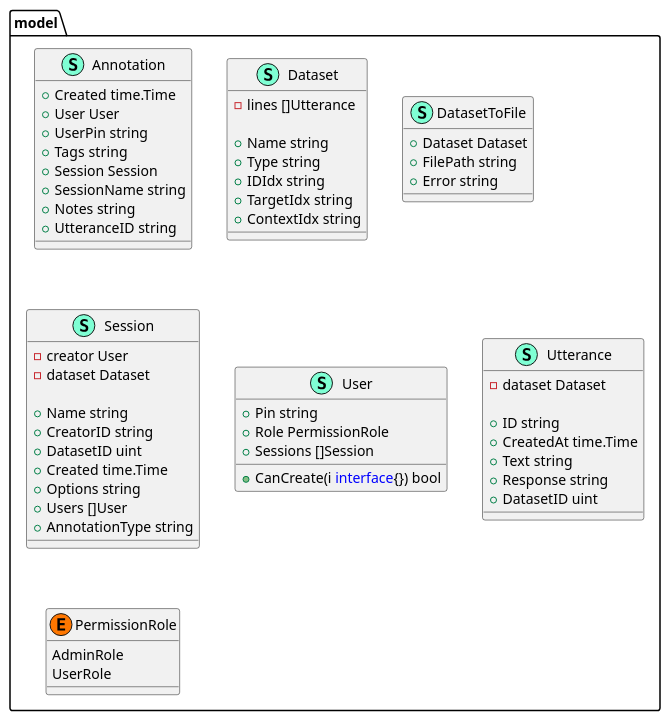
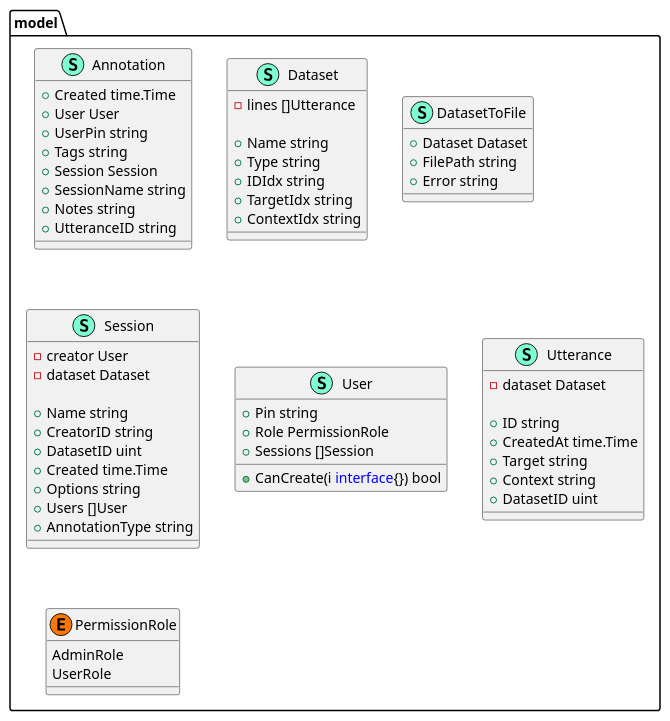
Before and after one commit to afduarte/honours: the diagram in datamodel.puml, drawn with PlantUML. The commit also changed 2 other files, not shown here.

```diff
--- a/datamodel.puml
+++ b/datamodel.puml
@@ -1,67 +1,67 @@
 @startuml
 namespace model {
     class Annotation << (S,Aquamarine) >> {
         + Created time.Time
         + User User
         + UserPin string
         + Tags string
         + Session Session
         + SessionName string
         + Notes string
         + UtteranceID string
 
     }
     class Dataset << (S,Aquamarine) >> {
         - lines []Utterance
 
         + Name string
         + Type string
         + IDIdx string
         + TargetIdx string
         + ContextIdx string
 
     }
     class DatasetToFile << (S,Aquamarine) >> {
         + Dataset Dataset
         + FilePath string
         + Error string
 
     }
     class Session << (S,Aquamarine) >> {
         - creator User
         - dataset Dataset
 
         + Name string
         + CreatorID string
         + DatasetID uint
         + Created time.Time
         + Options string
         + Users []User
         + AnnotationType string
 
     }
     class User << (S,Aquamarine) >> {
         + Pin string
         + Role PermissionRole
         + Sessions []Session
 
         + CanCreate(i <font color=blue>interface</font>{}) bool
 
     }
     class Utterance << (S,Aquamarine) >> {
         - dataset Dataset
 
         + ID string
         + CreatedAt time.Time
-        + Text string
-        + Response string
+        + Target string
+        + Context string
         + DatasetID uint
 
     }
     enum model.PermissionRole << (E, #FF7700) >>  {
         AdminRole
         UserRole
     }
 }
 
 @enduml
```
